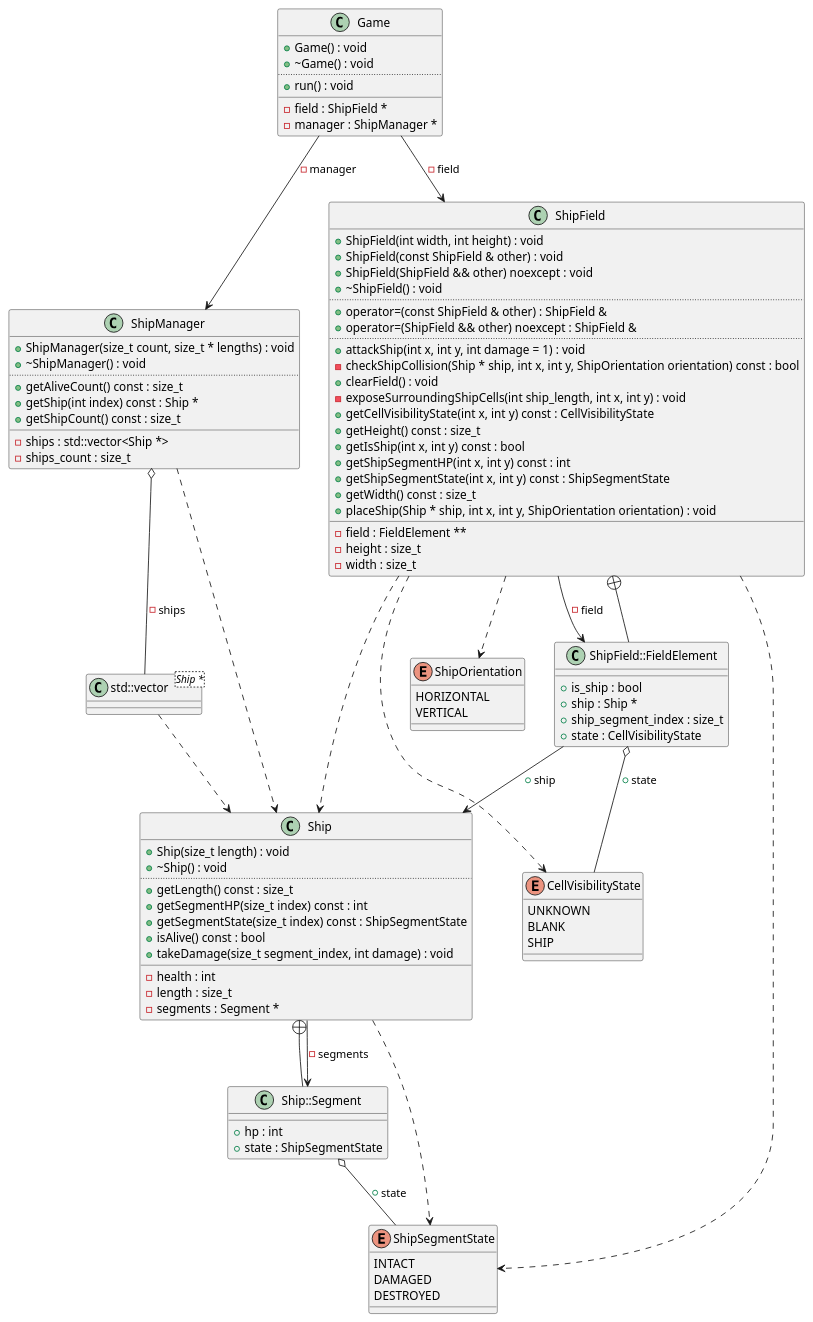
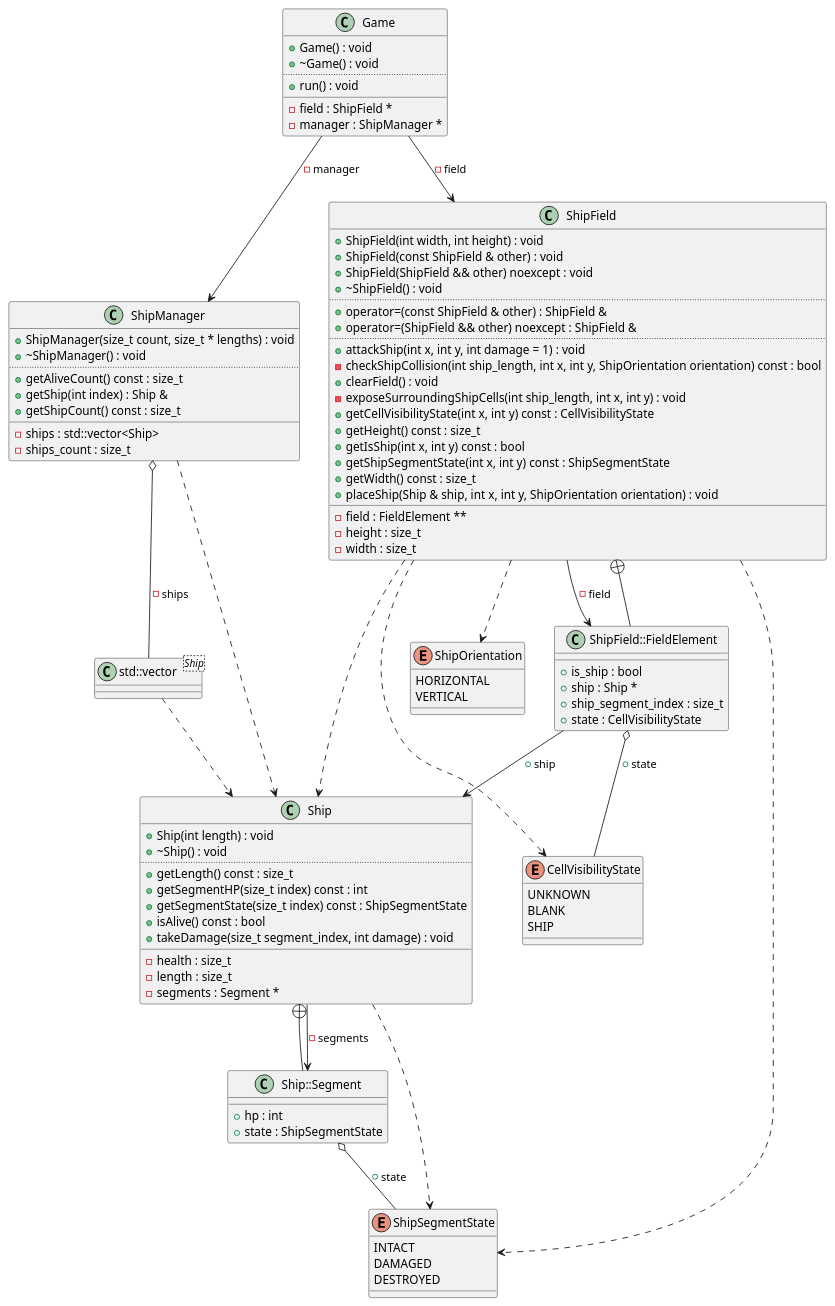
One commit to Rennelv/ships changed the diagram in diagrams/main.puml. Above: the diagram before and after it, drawn with PlantUML. The commit also changed 20 other files, not shown here.

```diff
--- a/diagrams/main.puml
+++ b/diagrams/main.puml
@@ -1,120 +1,119 @@
 @startuml
-class "std::vector<Ship *>" as C_0007462257846685508834
-class C_0007462257846685508834 {
+class "std::vector<Ship>" as C_0010668212532447068380
+class C_0010668212532447068380 {
 __
 }
 enum "ShipSegmentState" as C_0014256742677139282670
 enum C_0014256742677139282670 {
 INTACT
 DAMAGED
 DESTROYED
 }
 enum "ShipOrientation" as C_0002579181642537833876
 enum C_0002579181642537833876 {
 HORIZONTAL
 VERTICAL
 }
 enum "CellVisibilityState" as C_0003333043679234439357
 enum C_0003333043679234439357 {
 UNKNOWN
 BLANK
 SHIP
 }
 class "Ship" as C_0014529657433315016423
 class C_0014529657433315016423 {
-+Ship(size_t length) : void
++Ship(int length) : void
 +~Ship() : void
 ..
 +getLength() const : size_t
 +getSegmentHP(size_t index) const : int
 +getSegmentState(size_t index) const : ShipSegmentState
 +isAlive() const : bool
 +takeDamage(size_t segment_index, int damage) : void
 __
--health : int
+-health : size_t
 -length : size_t
 -segments : Segment *
 }
 class "Ship::Segment" as C_0000674658759292391449
 class C_0000674658759292391449 {
 __
 +hp : int
 +state : ShipSegmentState
 }
 class "ShipField" as C_0003843296779074973901
 class C_0003843296779074973901 {
 +ShipField(int width, int height) : void
 +ShipField(const ShipField & other) : void
 +ShipField(ShipField && other) noexcept : void
 +~ShipField() : void
 ..
 +operator=(const ShipField & other) : ShipField &
 +operator=(ShipField && other) noexcept : ShipField &
 ..
 +attackShip(int x, int y, int damage = 1) : void
--checkShipCollision(Ship * ship, int x, int y, ShipOrientation orientation) const : bool
+-checkShipCollision(int ship_length, int x, int y, ShipOrientation orientation) const : bool
 +clearField() : void
 -exposeSurroundingShipCells(int ship_length, int x, int y) : void
 +getCellVisibilityState(int x, int y) const : CellVisibilityState
 +getHeight() const : size_t
 +getIsShip(int x, int y) const : bool
-+getShipSegmentHP(int x, int y) const : int
 +getShipSegmentState(int x, int y) const : ShipSegmentState
 +getWidth() const : size_t
-+placeShip(Ship * ship, int x, int y, ShipOrientation orientation) : void
++placeShip(Ship & ship, int x, int y, ShipOrientation orientation) : void
 __
 -field : FieldElement **
 -height : size_t
 -width : size_t
 }
 class "ShipField::FieldElement" as C_0000316359785794417378
 class C_0000316359785794417378 {
 __
 +is_ship : bool
 +ship : Ship *
 +ship_segment_index : size_t
 +state : CellVisibilityState
 }
 class "ShipManager" as C_0017499122254539489506
 class C_0017499122254539489506 {
 +ShipManager(size_t count, size_t * lengths) : void
 +~ShipManager() : void
 ..
 +getAliveCount() const : size_t
-+getShip(int index) const : Ship *
++getShip(int index) : Ship &
 +getShipCount() const : size_t
 __
--ships : std::vector<Ship *>
+-ships : std::vector<Ship>
 -ships_count : size_t
 }
 class "Game" as C_0017470460303031448044
 class C_0017470460303031448044 {
 +Game() : void
 +~Game() : void
 ..
 +run() : void
 __
 -field : ShipField *
 -manager : ShipManager *
 }
-C_0007462257846685508834 ..> C_0014529657433315016423
+C_0010668212532447068380 ..> C_0014529657433315016423
 C_0014529657433315016423 ..> C_0014256742677139282670
 C_0014529657433315016423 --> C_0000674658759292391449 : -segments
 C_0000674658759292391449 --+ C_0014529657433315016423
 C_0000674658759292391449 o-- C_0014256742677139282670 : +state
-C_0003843296779074973901 ..> C_0014529657433315016423
 C_0003843296779074973901 ..> C_0002579181642537833876
 C_0003843296779074973901 ..> C_0003333043679234439357
 C_0003843296779074973901 ..> C_0014256742677139282670
+C_0003843296779074973901 ..> C_0014529657433315016423
 C_0003843296779074973901 --> C_0000316359785794417378 : -field
 C_0000316359785794417378 --+ C_0003843296779074973901
 C_0000316359785794417378 o-- C_0003333043679234439357 : +state
 C_0000316359785794417378 --> C_0014529657433315016423 : +ship
 C_0017499122254539489506 ..> C_0014529657433315016423
-C_0017499122254539489506 o-- C_0007462257846685508834 : -ships
+C_0017499122254539489506 o-- C_0010668212532447068380 : -ships
 C_0017470460303031448044 --> C_0003843296779074973901 : -field
 C_0017470460303031448044 --> C_0017499122254539489506 : -manager
 
 'Generated with clang-uml, version 0.5.5
 'LLVM version clang version 18.1.8
 @enduml
```
